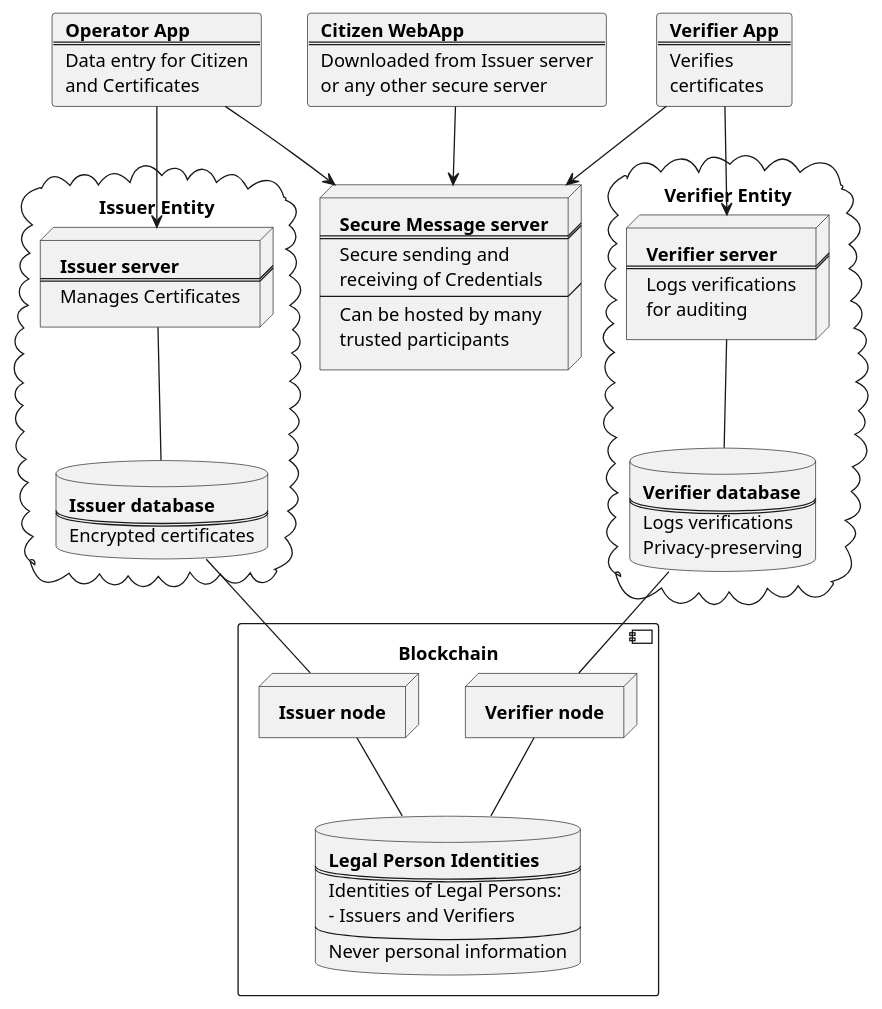
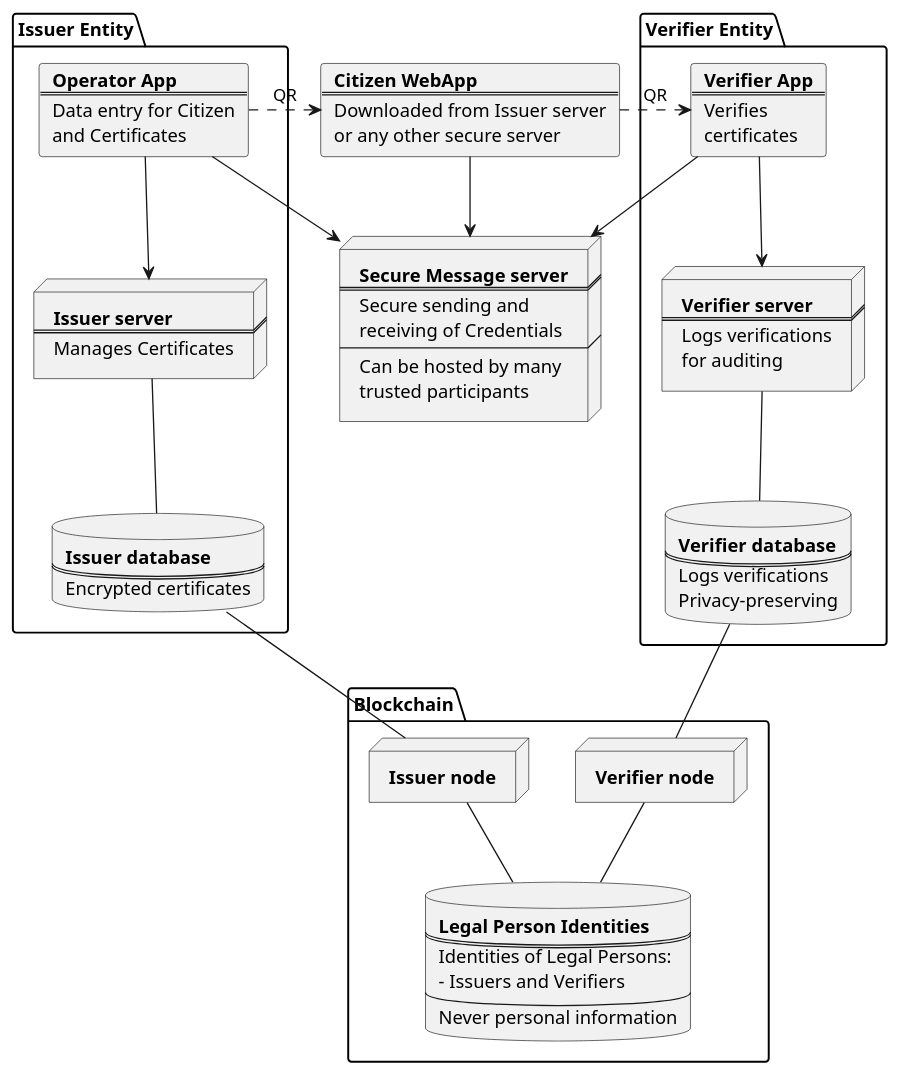
One commit to kemalbehram/SafeIsland changed the diagram in images/SafeIsland_Components.puml. Above: the diagram before and after it, drawn with PlantUML. The commit also changed 3 other files, not shown here.

```diff
--- a/images/SafeIsland_Components.puml
+++ b/images/SafeIsland_Components.puml
@@ -1,106 +1,110 @@
 @startuml SafeIsland_Components
+package "Issuer Entity" {
 
-card OperatorApp [
-  <b>Operator App
-  ====
-  Data entry for Citizen
-  and Certificates
-]
+  card OperatorApp [
+    <b>Operator App
+    ====
+    Data entry for Citizen
+    and Certificates
+  ]
 
-card CitizenApp [
-  <b>Citizen WebApp
-  ====
-  Downloaded from Issuer server
-  or any other secure server
-]
-
-card VerifierApp [
-  <b>Verifier App
-  ====
-  Verifies
-  certificates
-]
-
-cloud "Issuer Entity" {
 
   node IssuerServer [
     <b>Issuer server
     ====
     Manages Certificates
   ]
 
   database IssuerDatabase [
     <b>Issuer database
     ====
     Encrypted certificates
   ]
 
 }
 
   node SecureMessageServer [
     <b>Secure Message server
     ====
     Secure sending and
     receiving of Credentials
     ---
     Can be hosted by many
     trusted participants
   ]
 
+card CitizenApp [
+  <b>Citizen WebApp
+  ====
+  Downloaded from Issuer server
+  or any other secure server
+]
 
-cloud "Verifier Entity" {
+
+
+package "Verifier Entity" {
+
+  card VerifierApp [
+    <b>Verifier App
+    ====
+    Verifies
+    certificates
+  ]
+
 
   node VerifierServer [
     <b>Verifier server
     ====
     Logs verifications
     for auditing
   ]
 
   database VerifierDatabase [
     <b>Verifier database
     ====
     Logs verifications
     Privacy-preserving
   ]
 
 
 }
 
-component Blockchain {
+package Blockchain {
 
   database Identities [
     <b>Legal Person Identities
     ====
     Identities of Legal Persons:
     - Issuers and Verifiers
     ----
     Never personal information
   ]
 
   node VerifierNode [
     <b>Verifier node
   ]
 
   node IssuerNode [
     <b>Issuer node
   ]
 
 }
 
+OperatorApp .r.> CitizenApp: QR
 OperatorApp --> IssuerServer
 IssuerServer -- IssuerDatabase
 OperatorApp --> SecureMessageServer
 CitizenApp --> SecureMessageServer
+CitizenApp .r.> VerifierApp: QR
 VerifierApp --> SecureMessageServer
 
 VerifierApp --> VerifierServer
 VerifierServer -- VerifierDatabase
 
 IssuerDatabase -- IssuerNode
 VerifierDatabase -- VerifierNode
 
 IssuerNode -- Identities
 VerifierNode -- Identities
 
 @enduml
```
